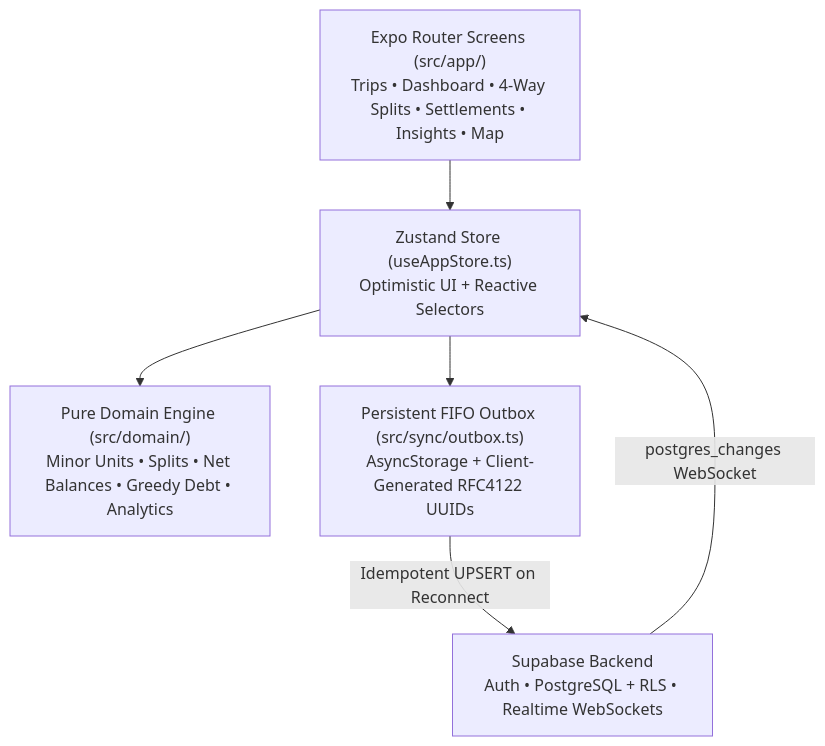
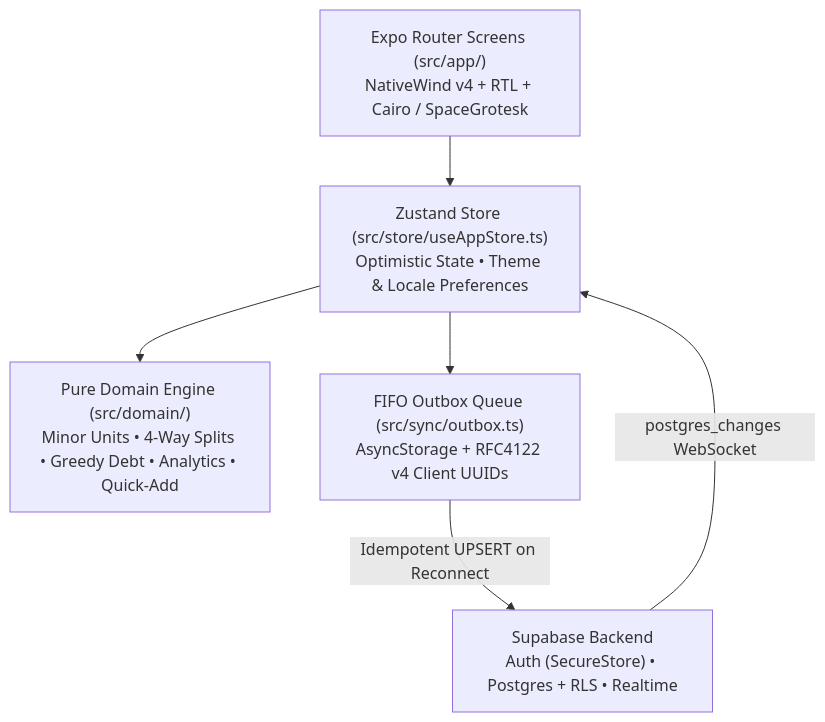
One commit to KALs3/tripsplit changed the diagram in README.md. Above: the diagram before and after it, drawn with Mermaid. The commit also changed other lines of this file, not shown here.

````diff
--- a/README.md
+++ b/README.md
@@ -25,14 +38,14 @@
 ```mermaid
 flowchart TD
-    UI["Expo Router Screens (src/app/)<br/>Trips • Dashboard • 4-Way Splits • Settlements • Insights • Map"]
-    Store["Zustand Store (useAppStore.ts)<br/>Optimistic UI + Reactive Selectors"]
-    Domain["Pure Domain Engine (src/domain/)<br/>Minor Units • Splits • Net Balances • Greedy Debt • Analytics"]
-    Outbox["Persistent FIFO Outbox (src/sync/outbox.ts)<br/>AsyncStorage + Client-Generated RFC4122 UUIDs"]
-    Supabase["Supabase Backend<br/>Auth • PostgreSQL + RLS • Realtime WebSockets"]
+    UI["Expo Router Screens (src/app/)<br/>NativeWind v4 + RTL + Cairo / SpaceGrotesk"]
+    Store["Zustand Store (src/store/useAppStore.ts)<br/>Optimistic State • Theme & Locale Preferences"]
+    Domain["Pure Domain Engine (src/domain/)<br/>Minor Units • 4-Way Splits • Greedy Debt • Analytics • Quick-Add"]
+    Outbox["FIFO Outbox Queue (src/sync/outbox.ts)<br/>AsyncStorage + RFC4122 v4 Client UUIDs"]
+    Supabase["Supabase Backend<br/>Auth (SecureStore) • Postgres + RLS • Realtime"]
 
     UI --> Store
     Store --> Domain
     Store --> Outbox
     Outbox -- "Idempotent UPSERT on Reconnect" --> Supabase
     Supabase -- "postgres_changes WebSocket" --> Store
 ```
````
